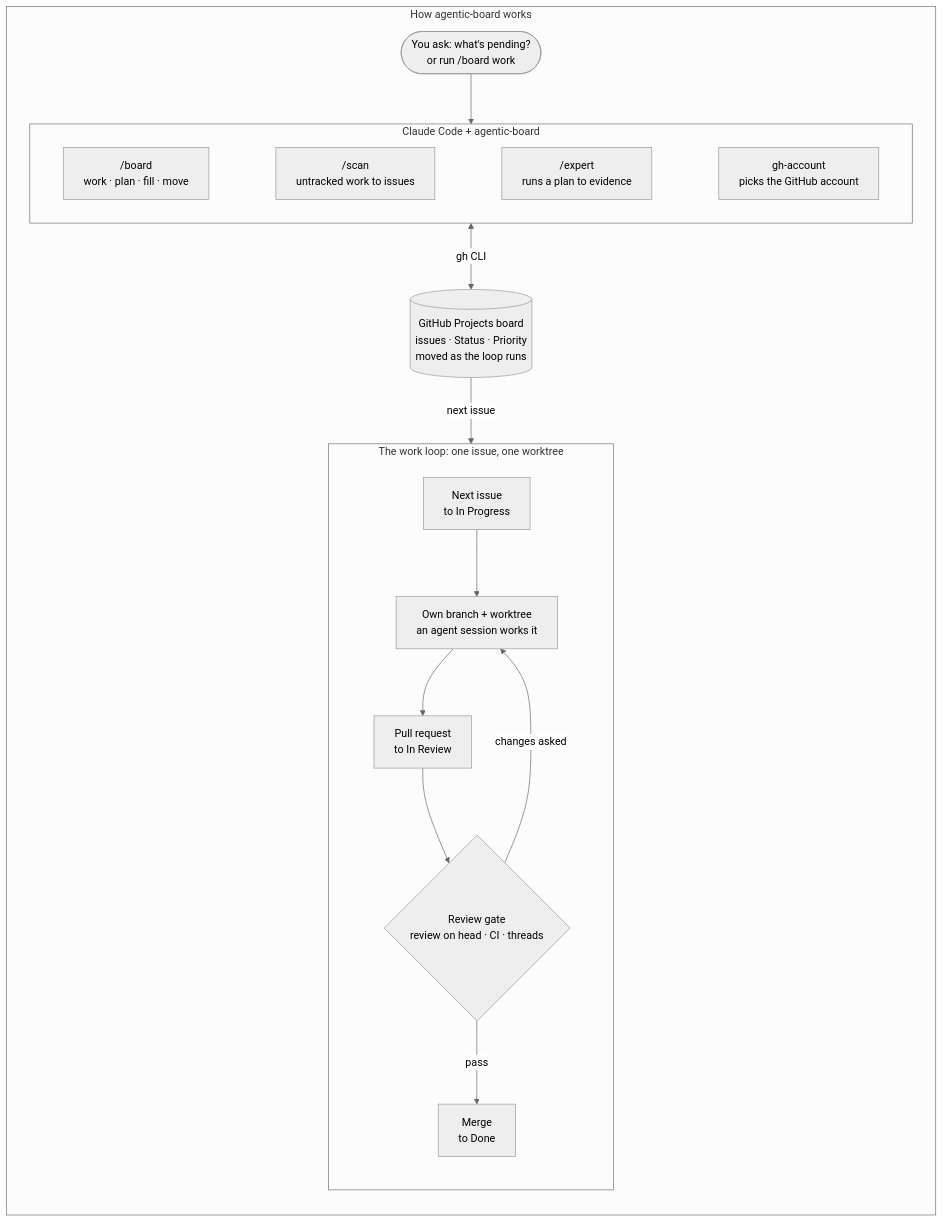
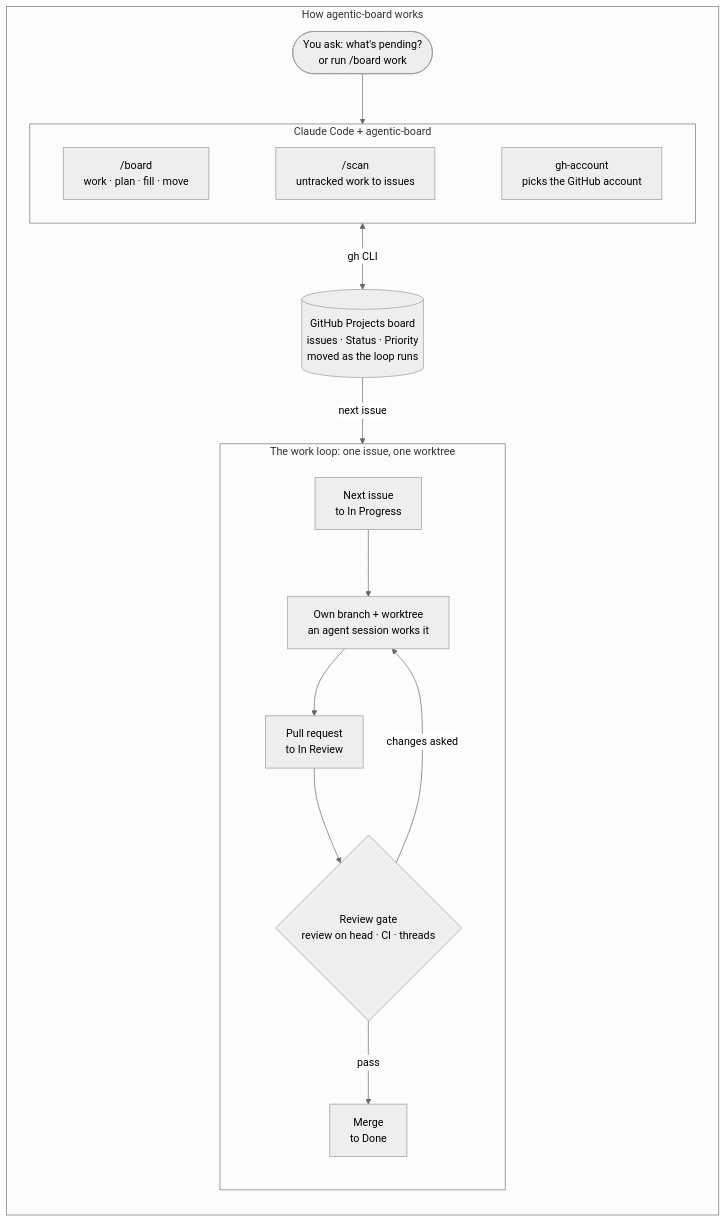
One commit to CSalcedoDataBI/agentic-board changed the diagram in .github/assets/diagrams/how-it-works.mmd. Above: the diagram before and after it, drawn with Mermaid (neutral theme). The commit also changed 384 other files, not shown here.

```diff
--- a/.github/assets/diagrams/how-it-works.mmd
+++ b/.github/assets/diagrams/how-it-works.mmd
@@ -1,27 +1,27 @@
 flowchart TB
     subgraph F["How agentic-board works"]
         direction TB
         U(["You ask: what's pending?<br/>or run /board work"])
         subgraph P["Claude Code + agentic-board"]
             direction LR
-            c1["/board<br/>work · plan · fill · move"] ~~~ c2["/scan<br/>untracked work to issues"] ~~~ c3["/expert<br/>runs a plan to evidence"] ~~~ c4["gh-account<br/>picks the GitHub account"]
+            c1["/board<br/>work · plan · fill · move"] ~~~ c2["/scan<br/>untracked work to issues"] ~~~ c4["gh-account<br/>picks the GitHub account"]
         end
         B@{ shape: cyl, label: "GitHub Projects board<br/>issues · Status · Priority<br/>moved as the loop runs" }
         subgraph L["The work loop: one issue, one worktree"]
             direction TB
             i1["Next issue<br/>to In Progress"] --> i2["Own branch + worktree<br/>an agent session works it"]
             i2 --> i3["Pull request<br/>to In Review"]
             i3 --> g{"Review gate<br/>review on head · CI · threads"}
             g -- pass --> m["Merge<br/>to Done"]
             g -- "changes asked" --> i2
         end
         U --> P
         P <-- "gh CLI" --> B
         B -- "next issue" --> L
     end
     class F frame
     class P,L card
     class U start
     class B external
-    class c1,c2,c3,c4,i1,i2,i3,m leaf
+    class c1,c2,c4,i1,i2,i3,m leaf
     class g branch
```
